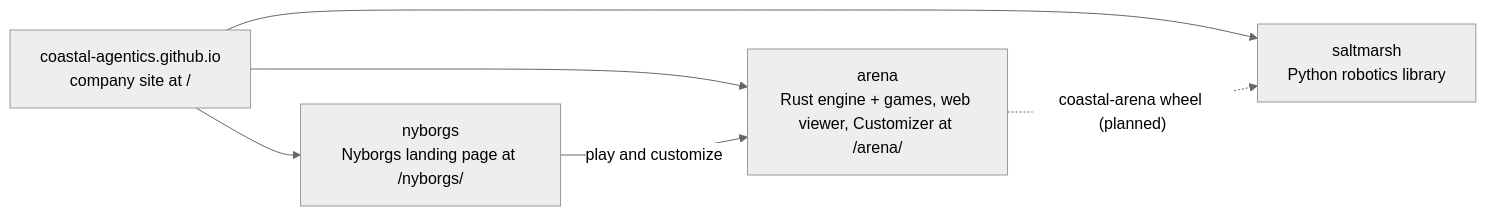
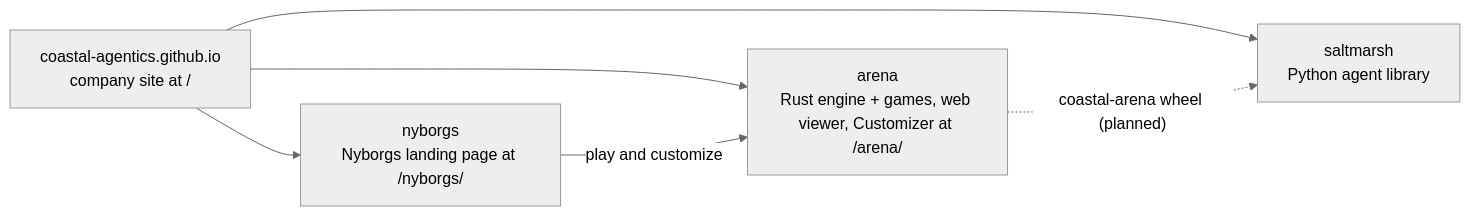
The diagram in README.md (Coastal-Agentics/coastal-agentics.github.io), drawn with Mermaid (neutral theme) before and after one commit. The commit also changed other lines of this file, not shown here.

Commit message:
README: generic intro and repo map without robotics language

````diff
--- a/README.md
+++ b/README.md
@@ -11,12 +11,12 @@
 ```mermaid
 flowchart LR
     site["coastal-agentics.github.io<br/>company site at /"]
     nyborgs["nyborgs<br/>Nyborgs landing page at /nyborgs/"]
     arena["arena<br/>Rust engine + games, web viewer, Customizer at /arena/"]
-    saltmarsh["saltmarsh<br/>Python robotics library"]
+    saltmarsh["saltmarsh<br/>Python agent library"]
     site --> nyborgs
     site --> arena
     site --> saltmarsh
     nyborgs -- "play and customize" --> arena
     arena -. "coastal-arena wheel (planned)" .-> saltmarsh
 ```
````
